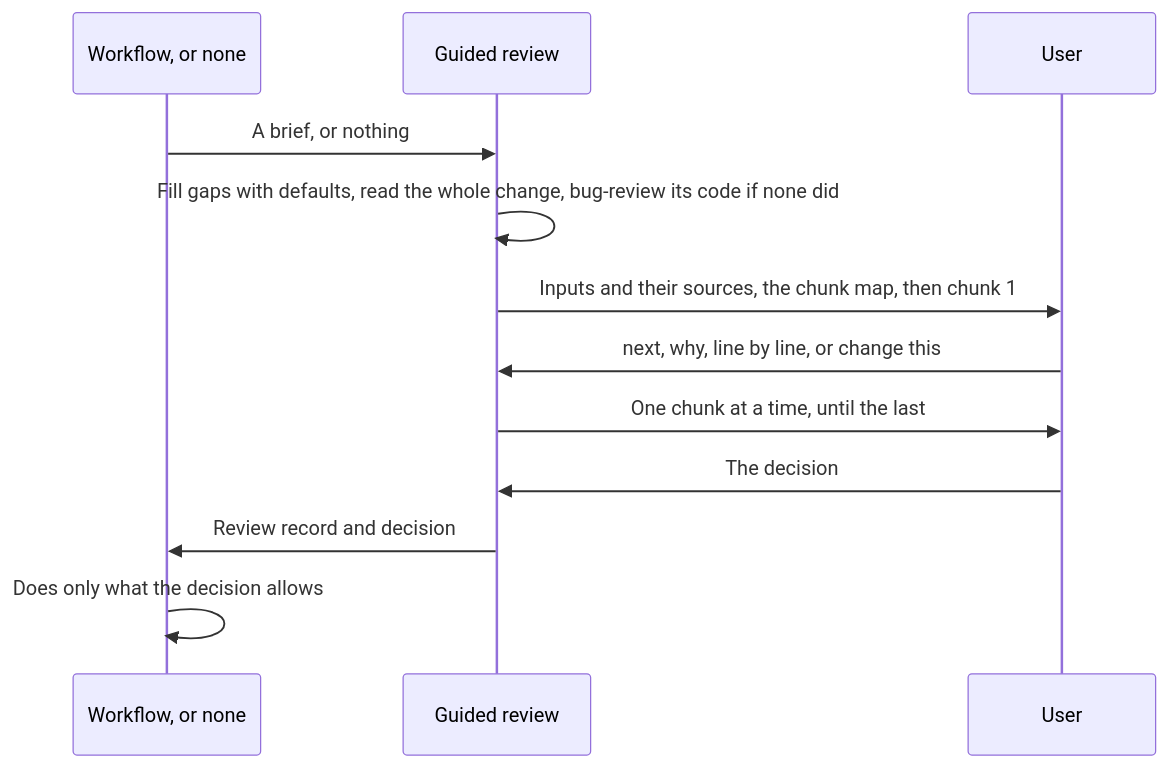
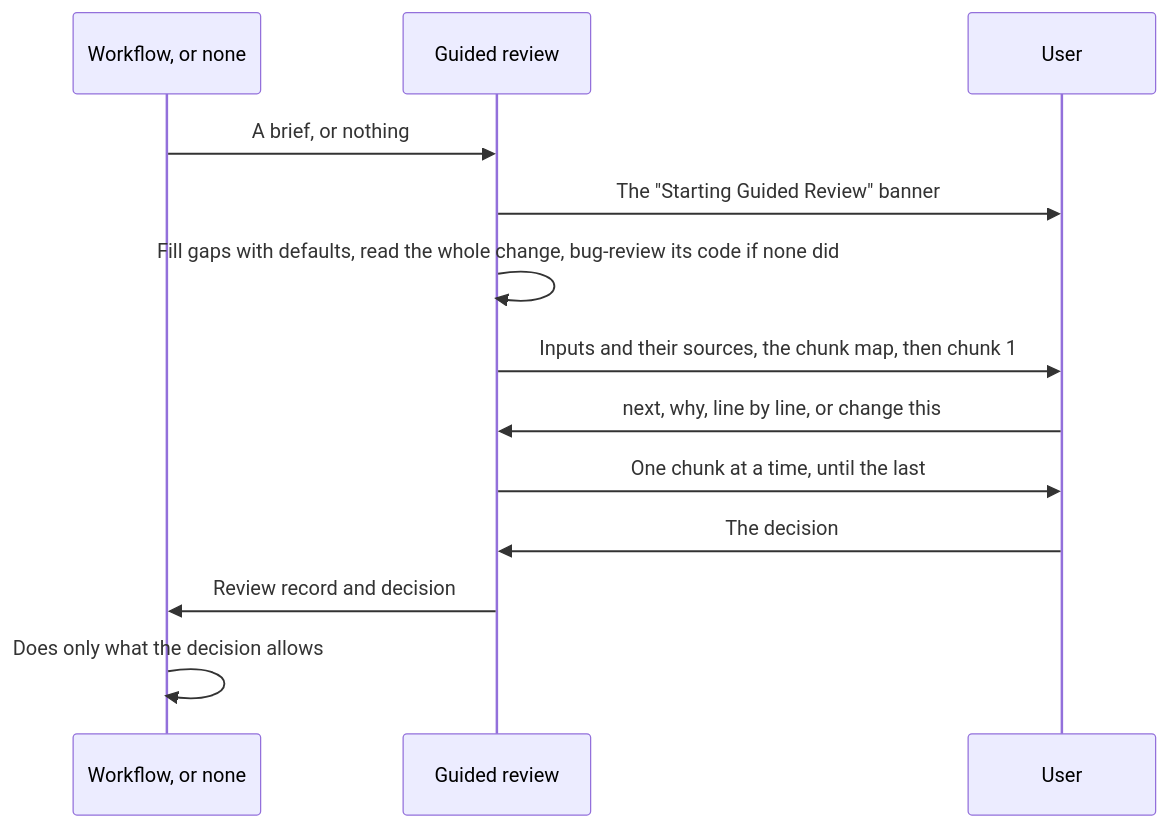
Before and after one commit to fsw0422/.ksp: the first of 3 diagrams in skills/guided-review/SKILL.md, drawn with Mermaid. The commit also changed other lines of this file and 1 other file, not shown here.

First line of the commit message:
guided-review: open with a banner and give each chunk a numbered heading

````diff
--- a/skills/guided-review/SKILL.md
+++ b/skills/guided-review/SKILL.md
@@ -12,14 +12,15 @@
 ```mermaid
 sequenceDiagram
     participant W as Workflow, or none
     participant R as Guided review
     participant U as User
     W->>R: A brief, or nothing
+    R->>U: The "Starting Guided Review" banner
     R->>R: Fill gaps with defaults, read the whole change, bug-review its code if none did
     R->>U: Inputs and their sources, the chunk map, then chunk 1
     U->>R: next, why, line by line, or change this
     R->>U: One chunk at a time, until the last
     U->>R: The decision
     R->>W: Review record and decision
     W->>W: Does only what the decision allows
 ```
````
